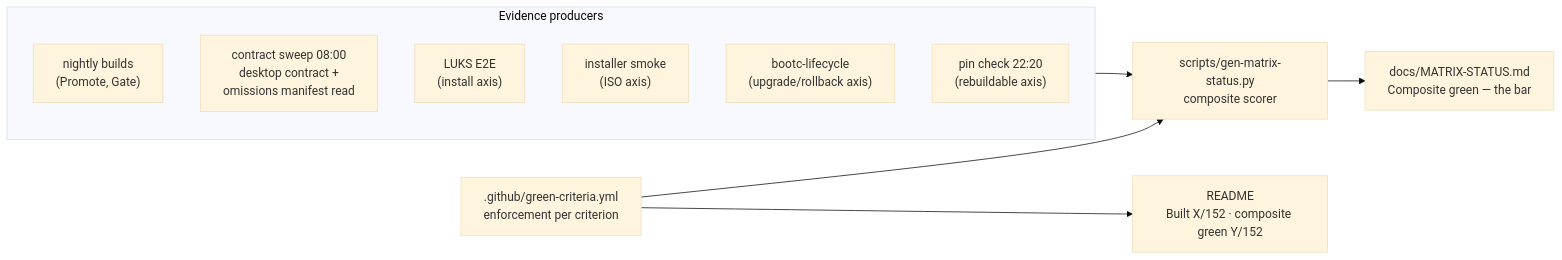
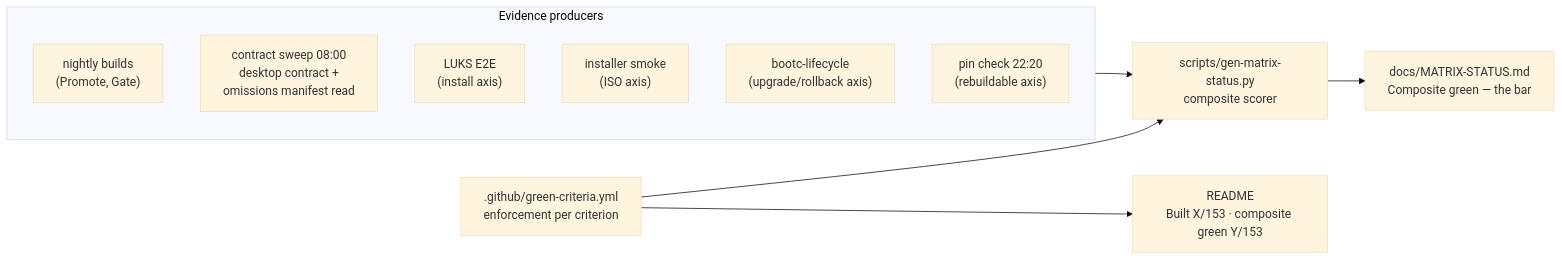
Before and after one commit to tuna-os/tunaOS: the fifth of 5 diagrams in docs/DEVELOPER-GUIDE.md, drawn with Mermaid (base theme). The commit also changed other lines of this file and 10 other files, not shown here.

````diff
--- a/docs/DEVELOPER-GUIDE.md
+++ b/docs/DEVELOPER-GUIDE.md
@@ -294,20 +294,20 @@
 ```mermaid
 flowchart LR
     subgraph evidence["Evidence producers"]
         BLD["nightly builds<br/>(Promote, Gate)"]
         SWEEP["contract sweep 08:00<br/>desktop contract +<br/>omissions manifest read"]
         LUKS["LUKS E2E<br/>(install axis)"]
         ISO["installer smoke<br/>(ISO axis)"]
         LC["bootc-lifecycle<br/>(upgrade/rollback axis)"]
         PIN["pin check 22:20<br/>(rebuildable axis)"]
     end
     CRIT[".github/green-criteria.yml<br/>enforcement per criterion"]
     GEN["scripts/gen-matrix-status.py<br/>composite scorer"]
     MS["docs/MATRIX-STATUS.md<br/>Composite green — the bar"]
-    RM["README<br/>Built X/152 · composite green Y/152"]
+    RM["README<br/>Built X/153 · composite green Y/153"]
 
     evidence --> GEN
     CRIT --> GEN
     GEN --> MS
     CRIT --> RM
 ```
````
